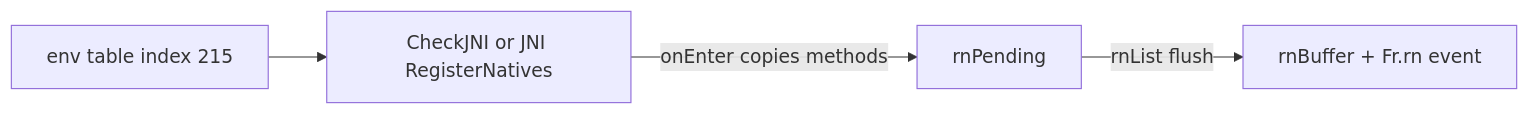
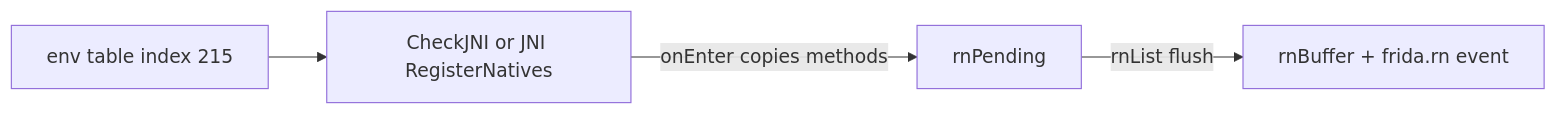
One commit to rizinorg/rz-frida changed the second of 2 diagrams in docs/under_the_hood/under_the_hood.qmd. Above: the diagram before and after it, drawn with Mermaid. The commit also changed other lines of this file and 29 other files, not shown here.

````diff
--- a/docs/under_the_hood/under_the_hood.qmd
+++ b/docs/under_the_hood/under_the_hood.qmd
@@ -92,6 +92,6 @@
 ```{mermaid}
 flowchart LR
     A[env table index 215] --> B[CheckJNI or JNI RegisterNatives]
     B -->|onEnter copies methods| C[rnPending]
-    C -->|rnList flush| D[rnBuffer + Fr.rn event]
+    C -->|rnList flush| D[rnBuffer + frida.rn event]
 ```
````
